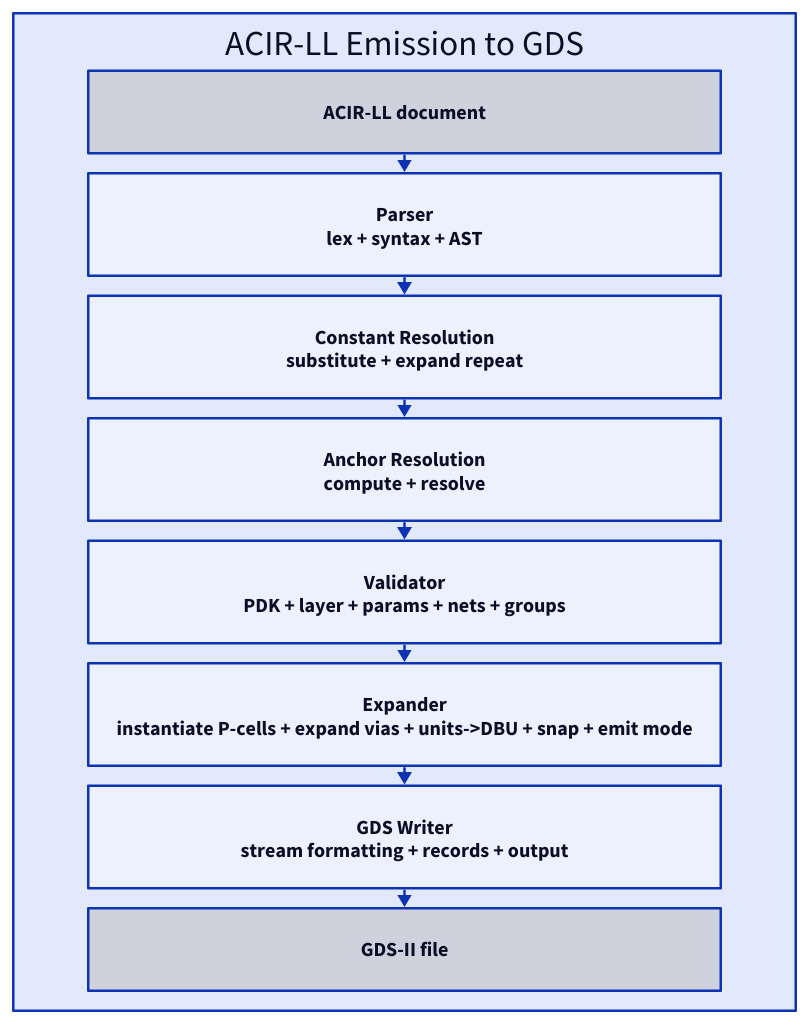
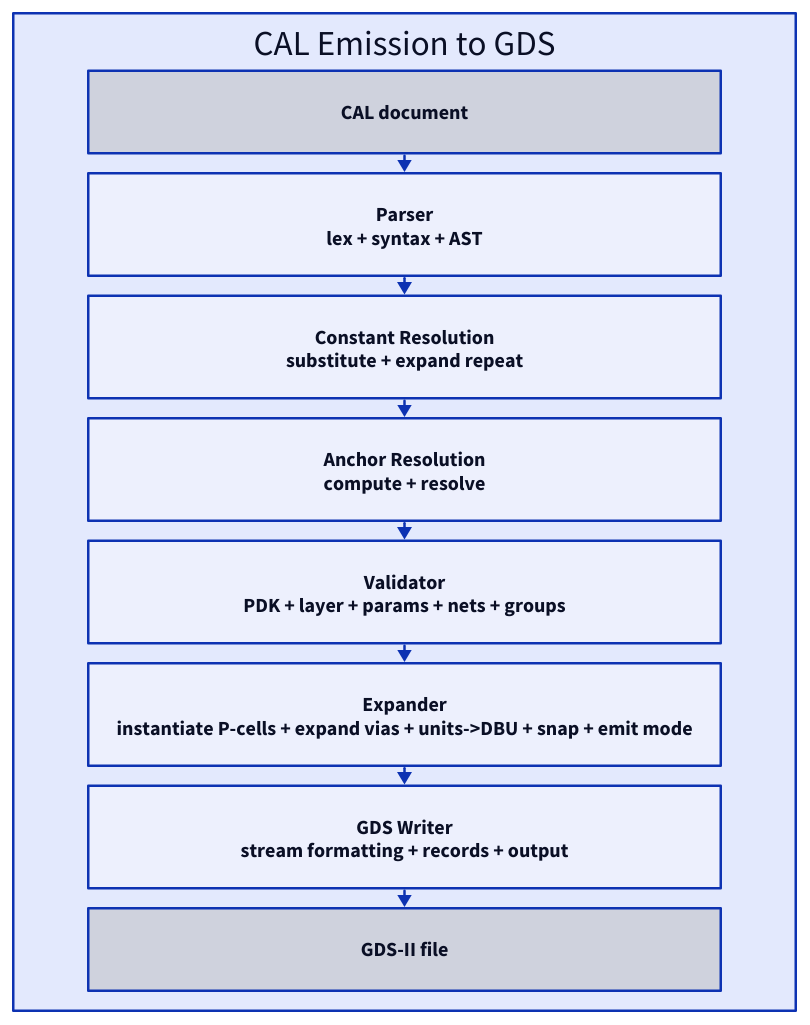
One commit to daniellovell/cascode changed the diagram in docs/rfcs/resources/0001/emit.d2. Above: the diagram before and after it, drawn with D2. The commit also changed 10 other files, not shown here.

```diff
--- a/docs/rfcs/resources/0001/emit.d2
+++ b/docs/rfcs/resources/0001/emit.d2
@@ -1,17 +1,17 @@
 direction: down
 
-pipeline: "ACIR-LL Emission to GDS" {
+pipeline: "CAL Emission to GDS" {
   grid-columns: 1
   vertical-gap: 16 # try 0–16
 
-  doc: "ACIR-LL document" {style.fill: "#cfd2dd"}
+  doc: "CAL document" {style.fill: "#cfd2dd"}
   parser: "Parser\nlex + syntax + AST"
   consts: "Constant Resolution\nsubstitute + expand repeat"
   anchors: "Anchor Resolution\ncompute + resolve"
   validate: "Validator\nPDK + layer + params + nets + groups"
   expand: "Expander\ninstantiate P-cells + expand vias + units->DBU + snap + emit mode"
   writer: "GDS Writer\nstream formatting + records + output"
   gds: "GDS-II file" {style.fill: "#cfd2dd"}
 }
 
 pipeline.doc -> pipeline.parser -> pipeline.consts -> pipeline.anchors -> pipeline.validate -> pipeline.expand -> pipeline.writer -> pipeline.gds
```
